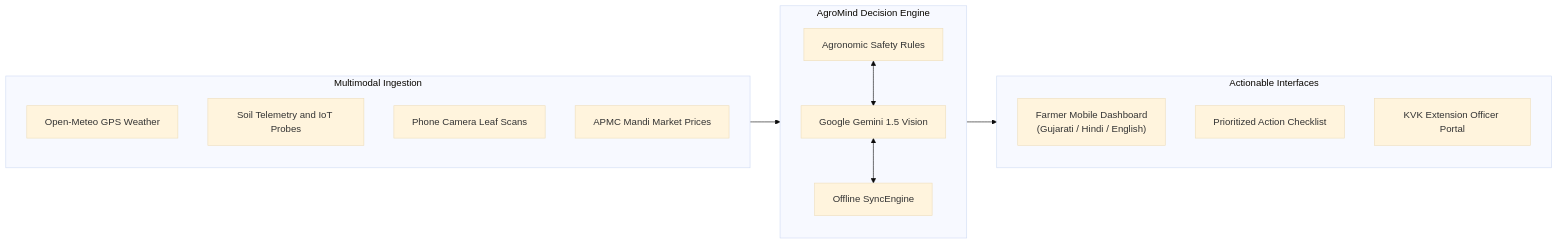
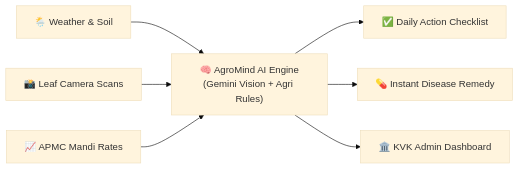
One commit to Xcoder-69/HACKFORGE changed the second of 4 diagrams in README.md. Above: the diagram before and after it, drawn with Mermaid (base theme). The commit also changed other lines of this file, not shown here.

Commit message:
docs: simplify architecture and workflow diagrams in README

````diff
--- a/README.md
+++ b/README.md
@@ -66,26 +55,10 @@
 ```mermaid
 flowchart LR
-    subgraph Inputs ["Multimodal Ingestion"]
-        W["Open-Meteo GPS Weather"]
-        S["Soil Telemetry and IoT Probes"]
-        C["Phone Camera Leaf Scans"]
-        M["APMC Mandi Market Prices"]
-    end
+    W["🌦️ Weather & Soil"] --> AI["🧠 AgroMind AI Engine<br>(Gemini Vision + Agri Rules)"]
+    C["📸 Leaf Camera Scans"] --> AI
+    M["📈 APMC Mandi Rates"] --> AI
 
-    subgraph Engine ["AgroMind Decision Engine"]
-        AR["Agronomic Safety Rules"]
-        AI["Google Gemini 1.5 Vision"]
-        OE["Offline SyncEngine"]
-        AR <--> AI
-        AI <--> OE
-    end
-
-    subgraph Outputs ["Actionable Interfaces"]
-        FA["Farmer Mobile Dashboard\n(Gujarati / Hindi / English)"]
-        AC["Prioritized Action Checklist"]
-        KC["KVK Extension Officer Portal"]
-    end
-
-    Inputs --> Engine
-    Engine --> Outputs
+    AI --> A["✅ Daily Action Checklist"]
+    AI --> D["💊 Instant Disease Remedy"]
+    AI --> K["🏛️ KVK Admin Dashboard"]
 ```
````
